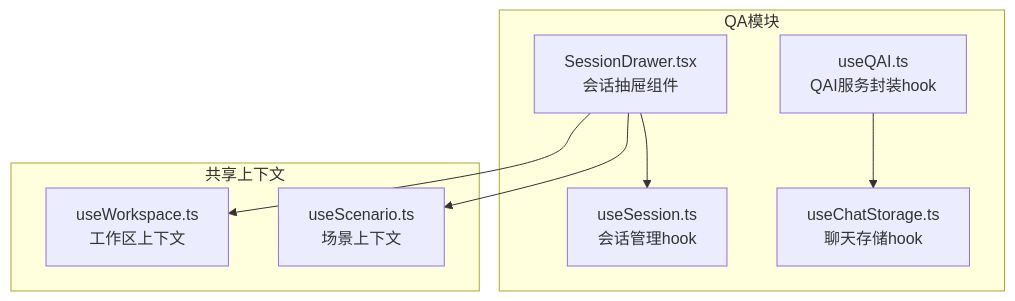
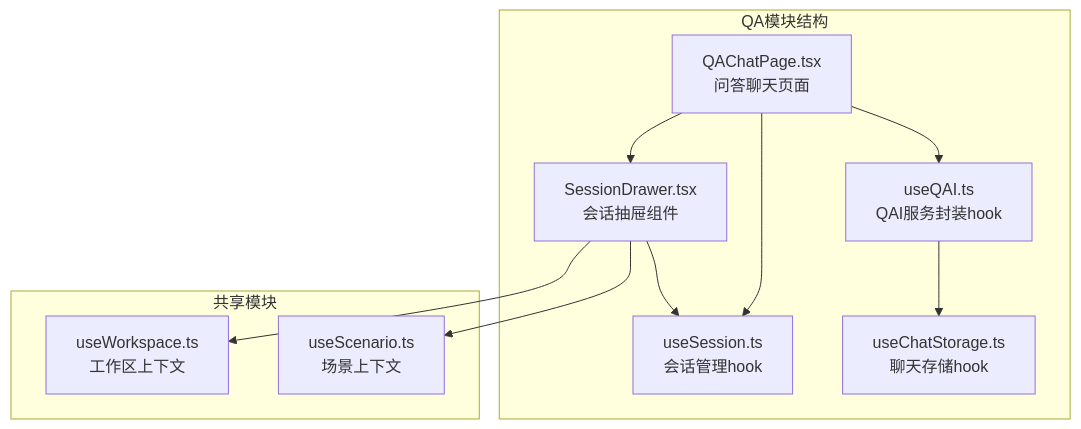
Before and after one commit to inier/ontology-graphiti: the first of 8 diagrams in .qoder/repowiki/zh/content/前端架构/业务模块前端实现/QA模块.md, drawn with Mermaid. The commit also changed other lines of this file and 8 other files, not shown here.

````diff
--- a/.qoder/repowiki/zh/content/前端架构/业务模块前端实现/QA模块.md
+++ b/.qoder/repowiki/zh/content/前端架构/业务模块前端实现/QA模块.md
@@ -31,17 +40,21 @@
 ```mermaid
 graph TB
-subgraph "QA模块"
+subgraph "QA模块结构"
+QP["QAChatPage.tsx<br/>问答聊天页面"]
 SD["SessionDrawer.tsx<br/>会话抽屉组件"]
 US["useSession.ts<br/>会话管理hook"]
 UCS["useChatStorage.ts<br/>聊天存储hook"]
 UQAI["useQAI.ts<br/>QAI服务封装hook"]
 end
-subgraph "共享上下文"
+subgraph "共享模块"
 UW["useWorkspace.ts<br/>工作区上下文"]
 USC["useScenario.ts<br/>场景上下文"]
 end
+QP --> SD
+QP --> US
+QP --> UQAI
 SD --> US
 SD --> UW
 SD --> USC
 UQAI --> UCS
 ```
````
